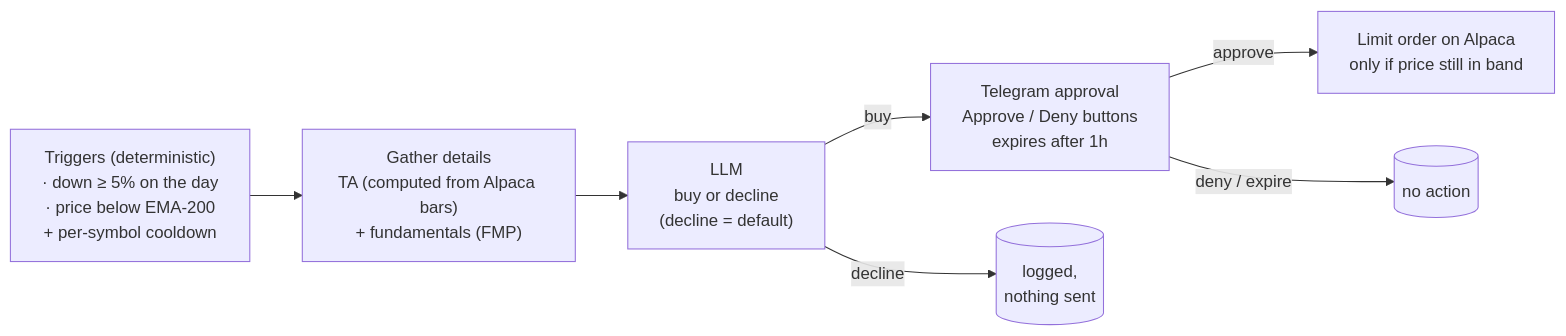
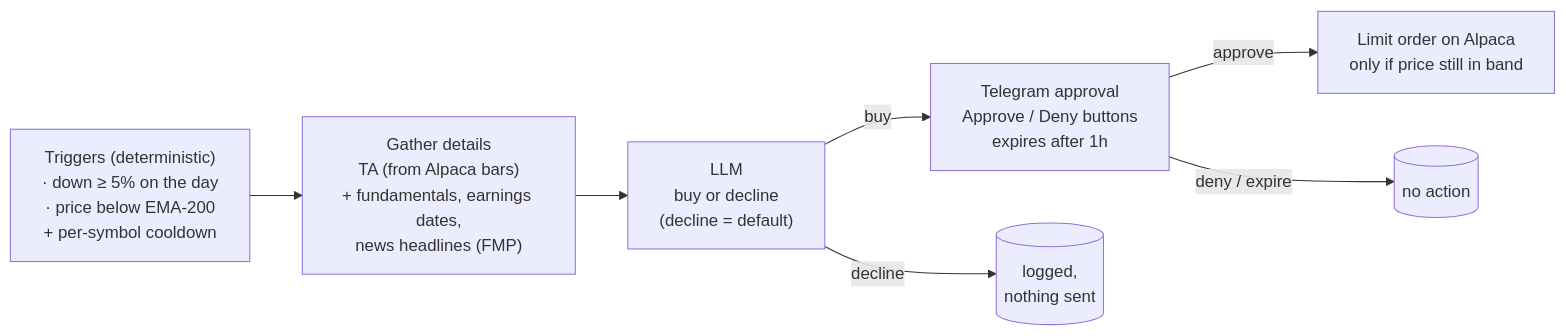
Before and after one commit to krishna-sunkavalli/smartcapital: the diagram in README.md, drawn with Mermaid. The commit also changed other lines of this file and 4 other files, not shown here.

First line of the commit message:
Enrich the data packet: earnings dates, just-reported flag, news headlines

````diff
--- a/README.md
+++ b/README.md
@@ -10,16 +10,16 @@
 ```mermaid
 flowchart LR
     T["Triggers (deterministic)<br/>· down ≥ 5% on the day<br/>· price below EMA-200<br/>+ per-symbol cooldown"]
-    D["Gather details<br/>TA (computed from Alpaca bars)<br/>+ fundamentals (FMP)"]
+    D["Gather details<br/>TA (from Alpaca bars)<br/>+ fundamentals, earnings dates,<br/>news headlines (FMP)"]
     L["LLM<br/>buy or decline<br/>(decline = default)"]
     A["Telegram approval<br/>Approve / Deny buttons<br/>expires after 1h"]
     O["Limit order on Alpaca<br/>only if price still in band"]
     LOGD[("logged,<br/>nothing sent")]
     LOGN[("no action")]
 
     T --> D --> L
     L -->|buy| A
     L -->|decline| LOGD
     A -->|approve| O
     A -->|deny / expire| LOGN
 ```
````
